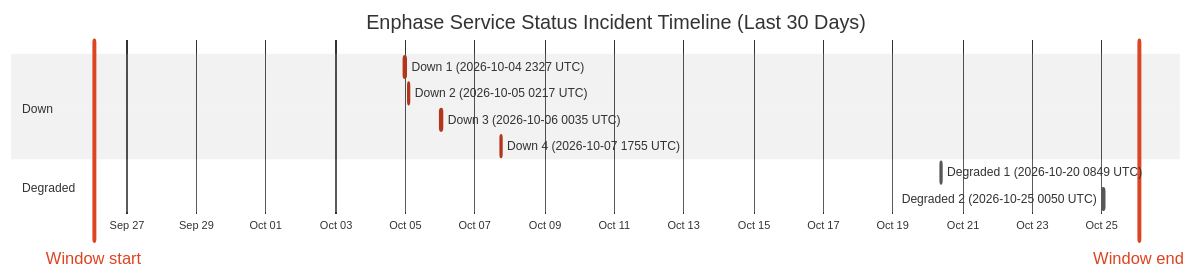
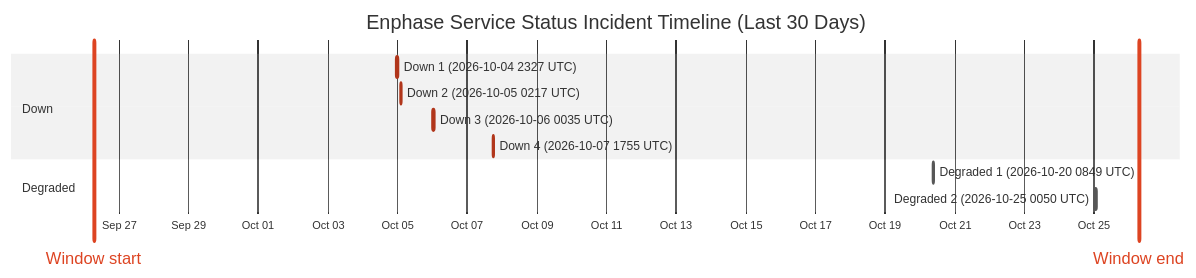
One commit to barneyonline/ha-enphase-energy changed the diagram in wiki/Service-Status-History.md. Above: the diagram before and after it, drawn with Mermaid (neutral theme). The commit also changed other lines of this file and 3 other files, not shown here.

````diff
--- a/wiki/Service-Status-History.md
+++ b/wiki/Service-Status-History.md
@@ -14,16 +14,16 @@
 ```mermaid
 gantt
     title Enphase Service Status Incident Timeline (Last 30 Days)
     dateFormat  YYYY-MM-DDTHH:mm:ss
     axisFormat  %b %d
-    Window start :vert, window-start, 2026-09-26T01:29:44, 0ms
-    Window end :vert, window-end, 2026-10-26T01:29:44, 0ms
+    Window start :vert, window-start, 2026-09-26T06:51:42, 0ms
+    Window end :vert, window-end, 2026-10-26T06:51:42, 0ms
     section Down
     Down 1 (2026-10-04 2327 UTC) :crit, down-1, 2026-10-04T23:27:34, 60m
     Down 2 (2026-10-05 0217 UTC) :crit, down-2, 2026-10-05T02:17:30, 60m
     Down 3 (2026-10-06 0035 UTC) :crit, down-3, 2026-10-06T00:35:21, 60m
     Down 4 (2026-10-07 1755 UTC) :crit, down-4, 2026-10-07T17:55:16, 60m
     section Degraded
     Degraded 1 (2026-10-20 0849 UTC) :active, degraded-1, 2026-10-20T08:49:49, 60m
     Degraded 2 (2026-10-25 0050 UTC) :active, degraded-2, 2026-10-25T00:50:01, 60m
 ```
````
